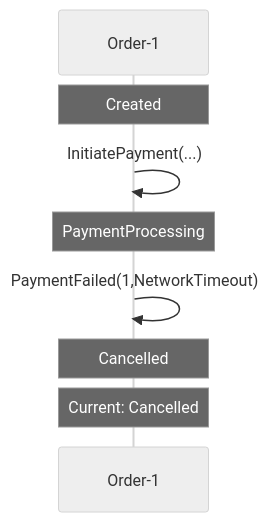
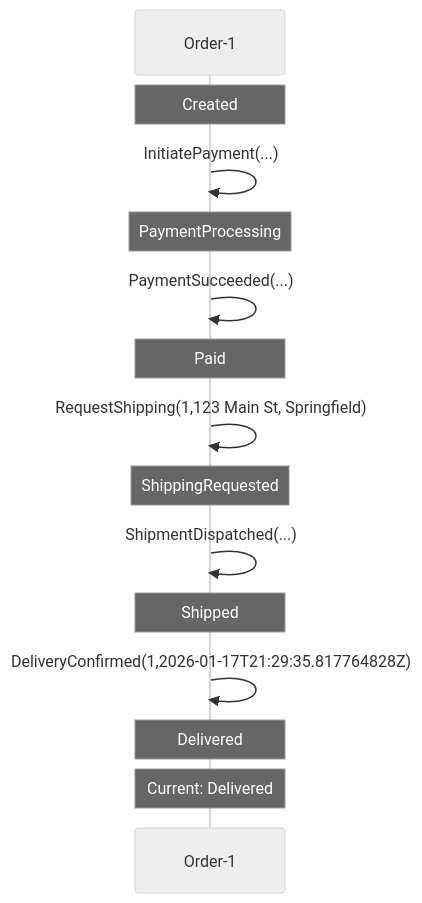
One commit to Iterable/mechanoid changed the first of 2 diagrams in docs/visualizations/order-1-trace.md. Above: the diagram before and after it, drawn with Mermaid (neutral theme). The commit also changed other lines of this file and 11 other files, not shown here.

````diff
--- a/docs/visualizations/order-1-trace.md
+++ b/docs/visualizations/order-1-trace.md
@@ -7,11 +7,17 @@
 ```mermaid
 sequenceDiagram
     participant FSM as Order-1
     Note over FSM: Created
     FSM->>FSM: InitiatePayment(...)
     Note over FSM: PaymentProcessing
-    FSM->>FSM: PaymentFailed(1,NetworkTimeout)
-    Note over FSM: Cancelled
-    Note over FSM: Current: Cancelled
+    FSM->>FSM: PaymentSucceeded(...)
+    Note over FSM: Paid
+    FSM->>FSM: RequestShipping(1,123 Main St, Springfield)
+    Note over FSM: ShippingRequested
+    FSM->>FSM: ShipmentDispatched(...)
+    Note over FSM: Shipped
+    FSM->>FSM: DeliveryConfirmed(1,2026-01-17T21:29:35.817764828Z)
+    Note over FSM: Delivered
+    Note over FSM: Current: Delivered
 
 ```
````
